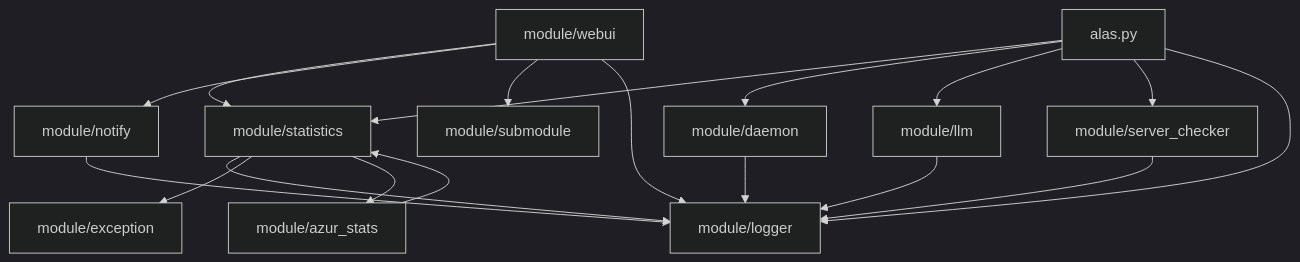
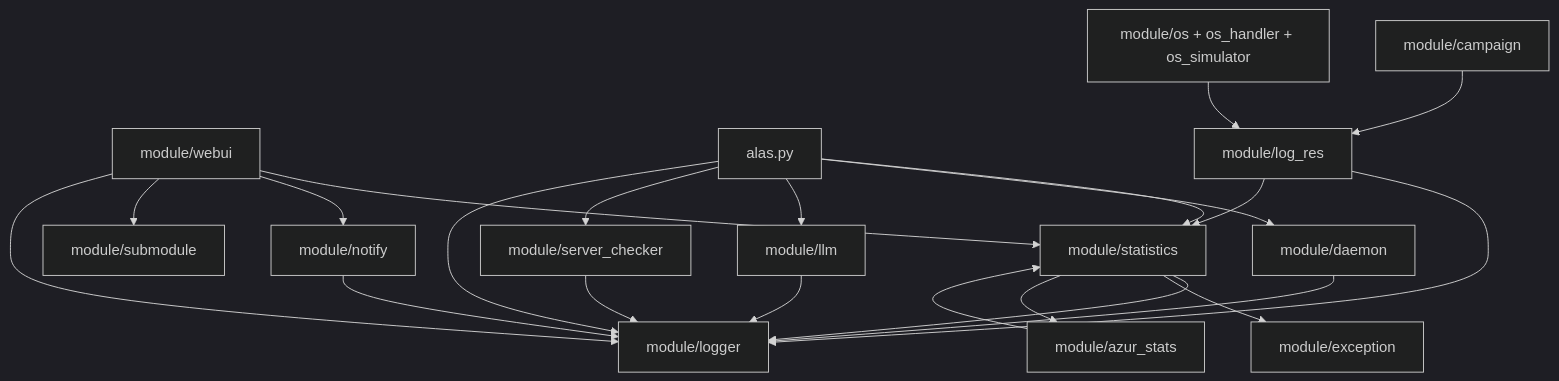
The fifth of 5 diagrams in .agent/INFRASTRUCTURE.md (nnieie/AzurPilot), drawn with Mermaid (dark theme) before and after one commit. The commit also changed other lines of this file and 72 other files, not shown here.

````diff
--- a/.agent/INFRASTRUCTURE.md
+++ b/.agent/INFRASTRUCTURE.md
@@ -801,23 +855,27 @@
 ```mermaid
 graph TD
     WEBUI[module/webui] --> STAT[module/statistics]
     WEBUI --> NOTIFY[module/notify]
     WEBUI --> SUBMOD[module/submodule]
     WEBUI --> LOGGER[module/logger]
 
     ALAS[alas.py] --> STAT
     ALAS --> DAEMON[module/daemon]
     ALAS --> LLM[module/llm]
     ALAS --> SERVER[module/server_checker]
     ALAS --> LOGGER
 
     STAT --> LOGGER
     STAT --> EXCEPTION[module/exception]
     DAEMON --> LOGGER
     LLM --> LOGGER
     SERVER --> LOGGER
     NOTIFY --> LOGGER
+    LOG_RES[module/log_res] --> LOGGER
+    LOG_RES --> STAT
+    CAMPAIGN[module/campaign] --> LOG_RES
+    OS[module/os + os_handler + os_simulator] --> LOG_RES
 
     STAT --> AZURE[module/azur_stats]
     AZURE --> STAT
 ```
````
